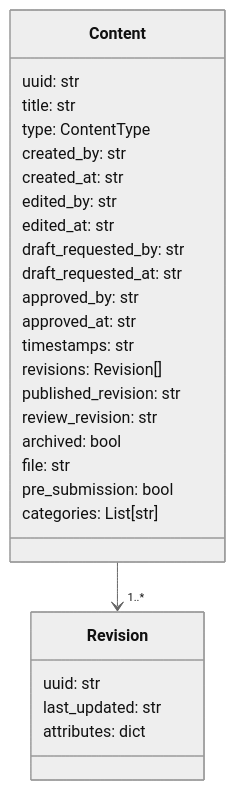
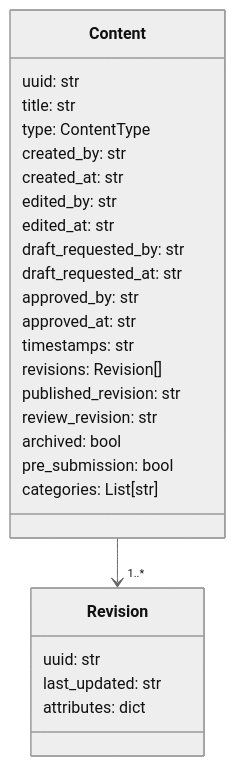
The diagram in docs/DataStructure.md (tng-coop/CmsWorkflow), drawn with Mermaid (neutral theme) before and after one commit. The commit also changed other lines of this file and 4 other files, not shown here.

````diff
--- a/docs/DataStructure.md
+++ b/docs/DataStructure.md
@@ -9,30 +9,29 @@
 ```mermaid
 classDiagram
     class Content {
         uuid: str
         title: str
         type: ContentType
         created_by: str
         created_at: str
         edited_by: str
         edited_at: str
         draft_requested_by: str
         draft_requested_at: str
         approved_by: str
         approved_at: str
         timestamps: str
         revisions: Revision[]
         published_revision: str
         review_revision: str
         archived: bool
-        file: str
         pre_submission: bool
         categories: List[str]
     }
     class Revision {
         uuid: str
         last_updated: str
         attributes: dict
     }
     Content --> "1..*" Revision
 ```
````
